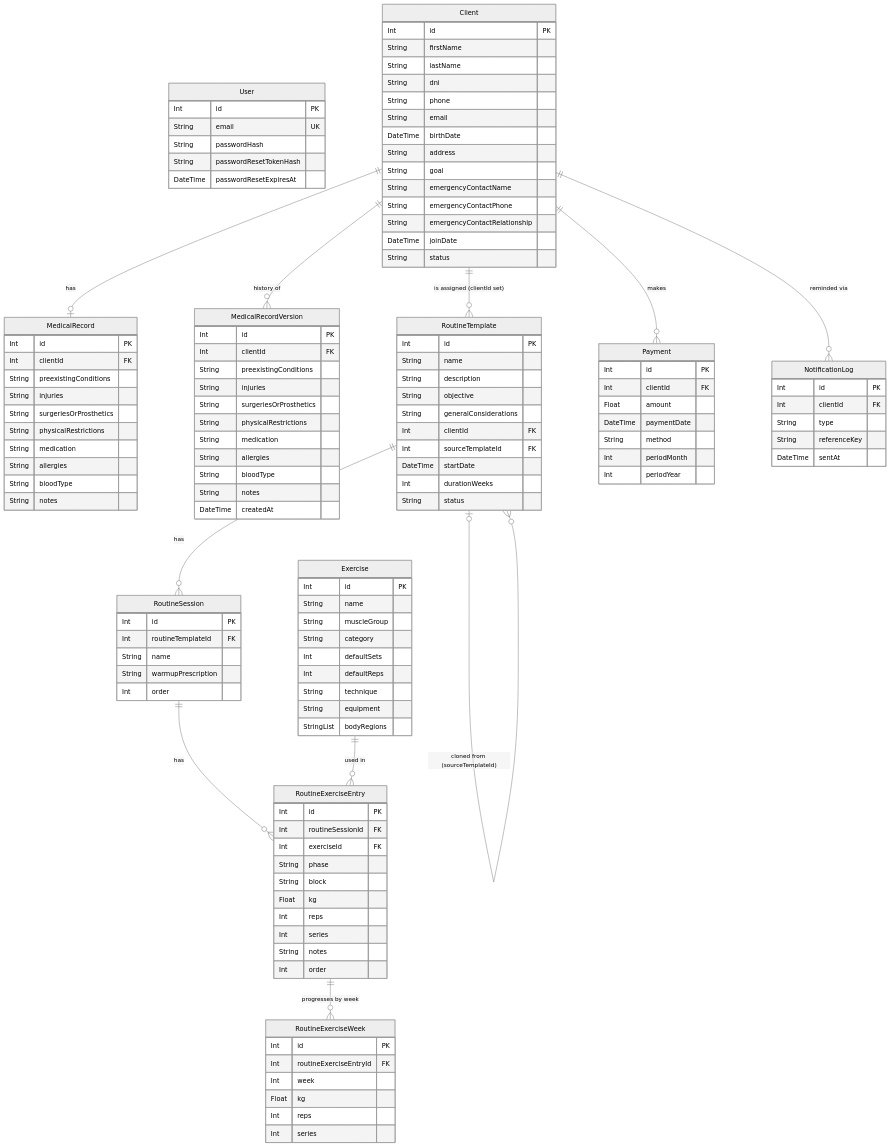
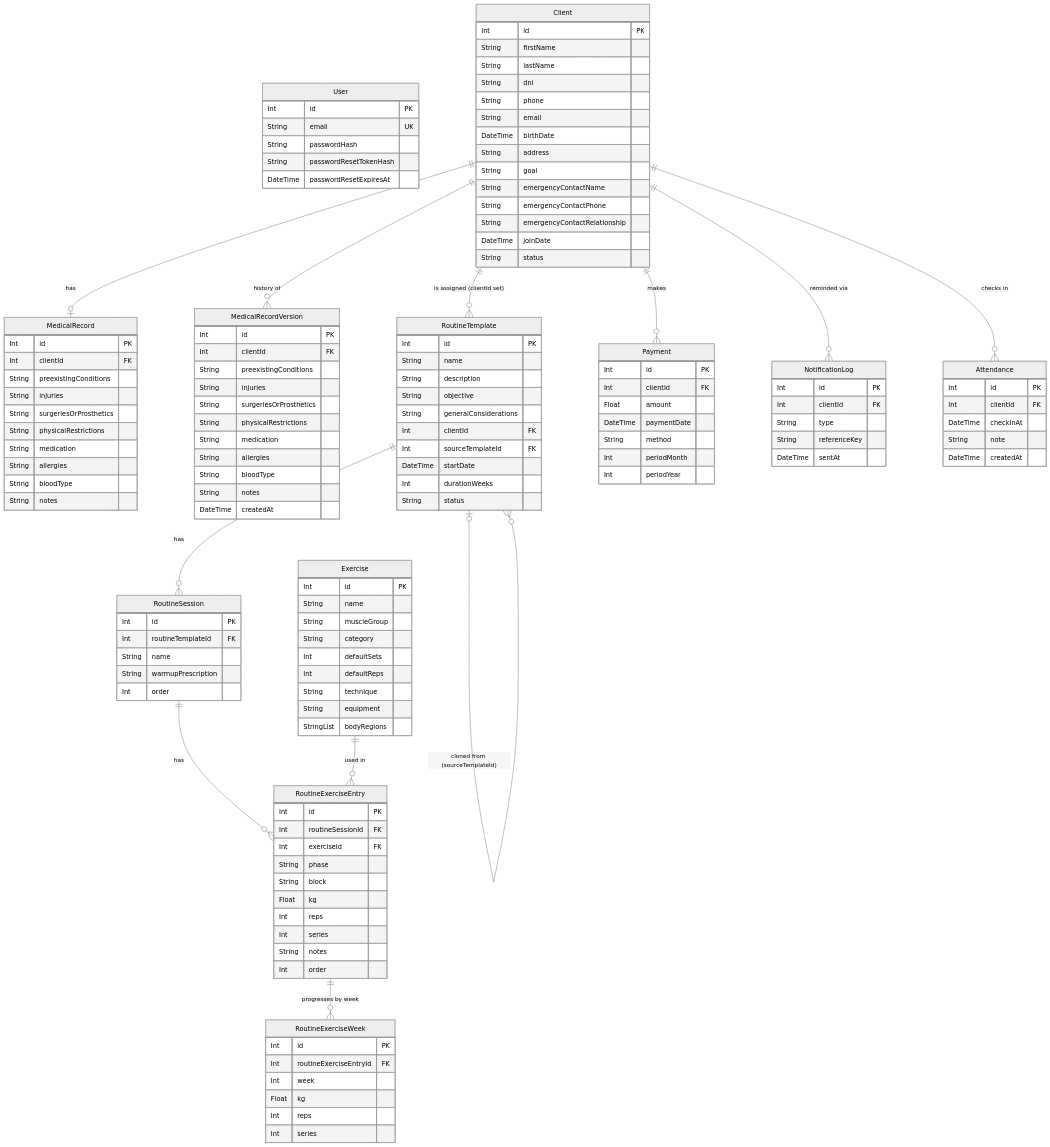
One commit to leortega33/AI4Devs-finalproject changed the diagram in docs/data-model.md. Above: the diagram before and after it, drawn with Mermaid (neutral theme). The commit also changed other lines of this file and 36 other files, not shown here.

Commit message:
feat(attendance): client check-in tracking (US-025)

```diff
--- a/docs/data-model.md
+++ b/docs/data-model.md
@@ -303,12 +318,20 @@
         String referenceKey
         DateTime sentAt
     }
+    Attendance {
+        Int id PK
+        Int clientId FK
+        DateTime checkInAt
+        String note
+        DateTime createdAt
+    }
 
     Client ||--o| MedicalRecord : "has"
     Client ||--o{ MedicalRecordVersion : "history of"
     Client ||--o{ RoutineTemplate : "is assigned (clientId set)"
     Client ||--o{ Payment : "makes"
     Client ||--o{ NotificationLog : "reminded via"
+    Client ||--o{ Attendance : "checks in"
 
     RoutineTemplate ||--o{ RoutineSession : "has"
     RoutineTemplate |o--o{ RoutineTemplate : "cloned from (sourceTemplateId)"
```
